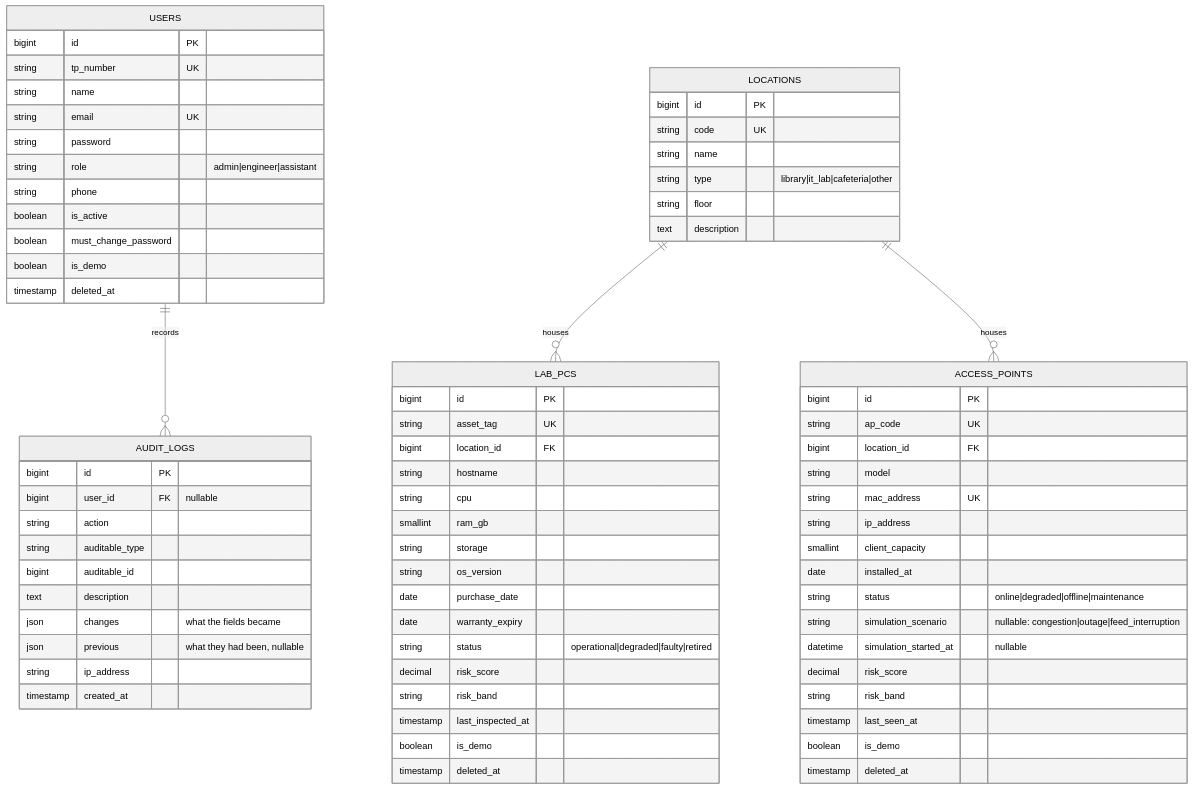
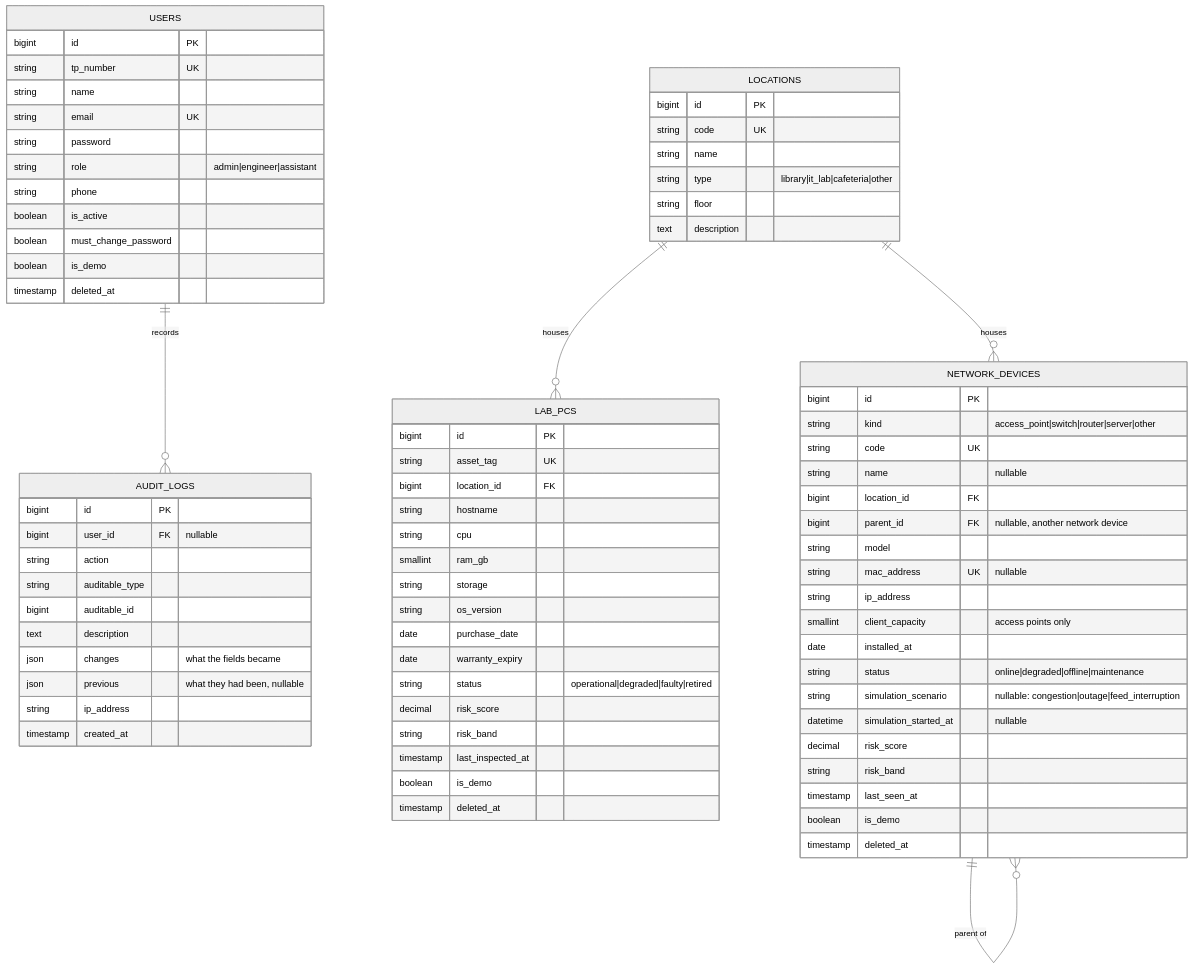
One commit to phone292025/atlas-netcare changed the first of 3 diagrams in docs/04-database.md. Above: the diagram before and after it, drawn with Mermaid (neutral theme). The commit also changed other lines of this file and 50 other files, not shown here.

````diff
--- a/docs/04-database.md
+++ b/docs/04-database.md
@@ -70,76 +70,80 @@
 ```mermaid
 erDiagram
     USERS ||--o{ AUDIT_LOGS : records
     LOCATIONS ||--o{ LAB_PCS : houses
-    LOCATIONS ||--o{ ACCESS_POINTS : houses
+    LOCATIONS ||--o{ NETWORK_DEVICES : houses
+    NETWORK_DEVICES ||--o{ NETWORK_DEVICES : "parent of"
 
     USERS {
         bigint id PK
         string tp_number UK
         string name
         string email UK
         string password
         string role "admin|engineer|assistant"
         string phone
         boolean is_active
         boolean must_change_password
         boolean is_demo
         timestamp deleted_at
     }
     LOCATIONS {
         bigint id PK
         string code UK
         string name
         string type "library|it_lab|cafeteria|other"
         string floor
         text description
     }
     LAB_PCS {
         bigint id PK
         string asset_tag UK
         bigint location_id FK
         string hostname
         string cpu
         smallint ram_gb
         string storage
         string os_version
         date purchase_date
         date warranty_expiry
         string status "operational|degraded|faulty|retired"
         decimal risk_score
         string risk_band
         timestamp last_inspected_at
         boolean is_demo
         timestamp deleted_at
     }
-    ACCESS_POINTS {
+    NETWORK_DEVICES {
         bigint id PK
-        string ap_code UK
+        string kind "access_point|switch|router|server|other"
+        string code UK
+        string name "nullable"
         bigint location_id FK
+        bigint parent_id FK "nullable, another network device"
         string model
-        string mac_address UK
+        string mac_address UK "nullable"
         string ip_address
-        smallint client_capacity
+        smallint client_capacity "access points only"
         date installed_at
         string status "online|degraded|offline|maintenance"
         string simulation_scenario "nullable: congestion|outage|feed_interruption"
         datetime simulation_started_at "nullable"
         decimal risk_score
         string risk_band
         timestamp last_seen_at
         boolean is_demo
         timestamp deleted_at
     }
     AUDIT_LOGS {
         bigint id PK
         bigint user_id FK "nullable"
         string action
         string auditable_type
         bigint auditable_id
         text description
         json changes "what the fields became"
         json previous "what they had been, nullable"
         string ip_address
         timestamp created_at
     }
 ```
````
